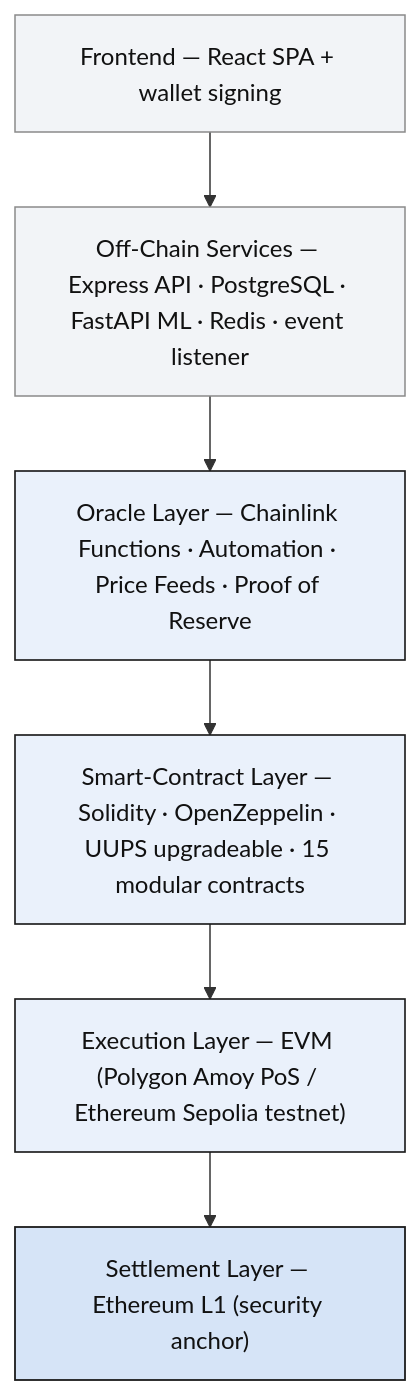
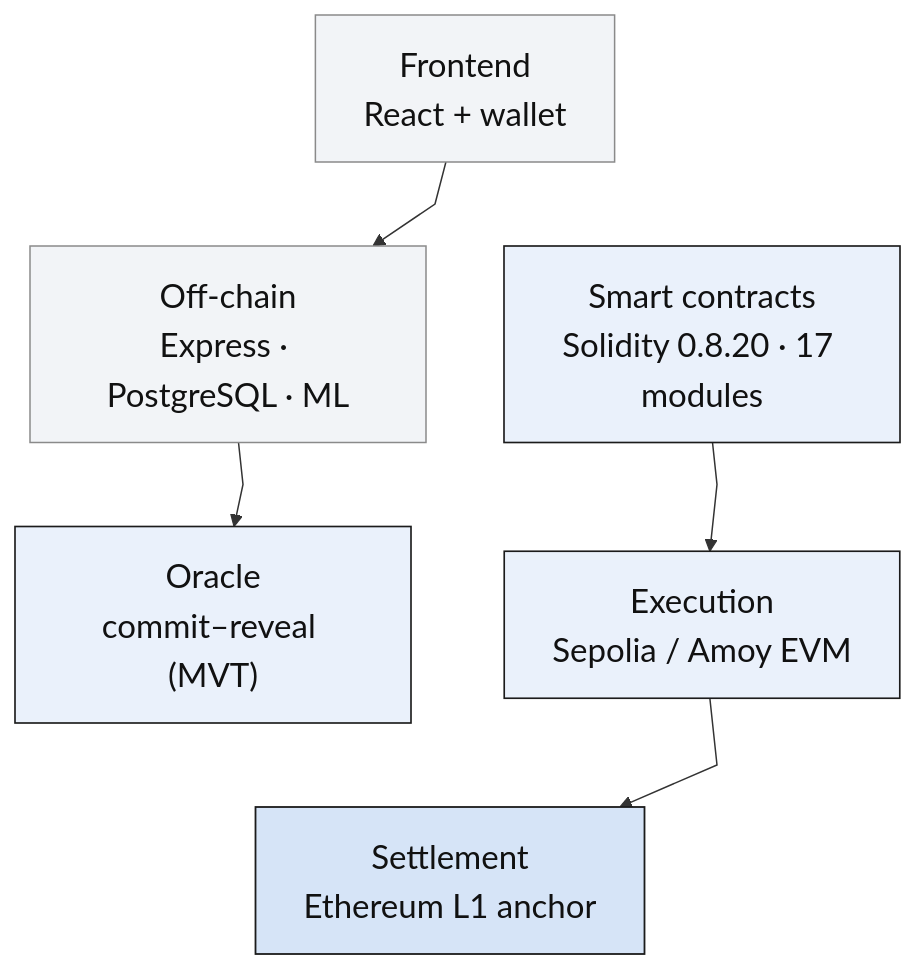
One commit to Yuvraajrahman/Cryto-World-Bank changed the diagram in Documentation/Pre Thesis -2 Documents/V35 /Diagrams/fig-blockchain-stack.mmd. Above: the diagram before and after it, drawn with Mermaid. The commit also changed 140 other files, not shown here.

```diff
--- a/Documentation/Pre Thesis -2 Documents/V35 /Diagrams/fig-blockchain-stack.mmd
+++ b/Documentation/Pre Thesis -2 Documents/V35 /Diagrams/fig-blockchain-stack.mmd
@@ -1,20 +1,26 @@
+%%{init: {'flowchart': {'rankSpacing': 56, 'nodeSpacing': 52, 'padding': 16, 'curve': 'linear'}, 'themeVariables': {'fontSize': '22px'}}}%%
 flowchart TB
-  A["Frontend &mdash; React SPA + wallet signing"]
-  B["Off-Chain Services &mdash; Express API &middot; PostgreSQL &middot; FastAPI ML &middot; Redis &middot; event listener"]
-  C["Oracle Layer &mdash; Chainlink Functions &middot; Automation &middot; Price Feeds &middot; Proof of Reserve"]
-  D["Smart-Contract Layer &mdash; Solidity &middot; OpenZeppelin &middot; UUPS upgradeable &middot; 15 modular contracts"]
-  E["Execution Layer &mdash; EVM (Polygon Amoy PoS / Ethereum Sepolia testnet)"]
-  F["Settlement Layer &mdash; Ethereum L1 (security anchor)"]
+  A["Frontend<br/>React + wallet"]
+  B["Off-chain<br/>Express &middot; PostgreSQL &middot; ML"]
+  C["Oracle<br/>commit&ndash;reveal (MVT)"]
+  D["Smart contracts<br/>Solidity 0.8.20 &middot; 17 modules"]
+  E["Execution<br/>Sepolia / Amoy EVM"]
+  F["Settlement<br/>Ethereum L1 anchor"]
+
+  A ~~~ B ~~~ C
+  D ~~~ E ~~~ F
+  A ~~~ D
+  B ~~~ E
+  C ~~~ F
 
   A --> B
   B --> C
-  C --> D
   D --> E
   E --> F
 
   classDef app fill:#F2F4F7,stroke:#8A8A8A,stroke-width:1px,color:#111111;
   classDef chain fill:#EAF1FB,stroke:#1B1B1B,stroke-width:1.1px,color:#111111;
   classDef base fill:#D6E4F7,stroke:#1B1B1B,stroke-width:1.2px,color:#111111;
   class A,B app;
   class C,D,E chain;
   class F base;
```
